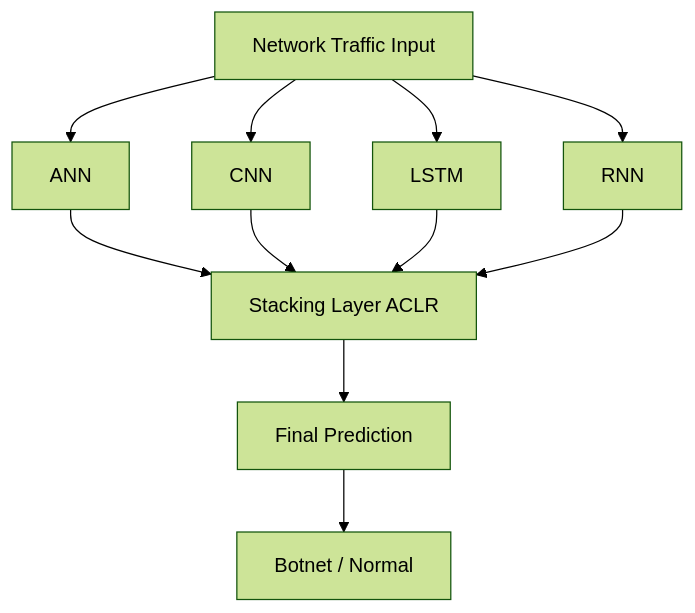
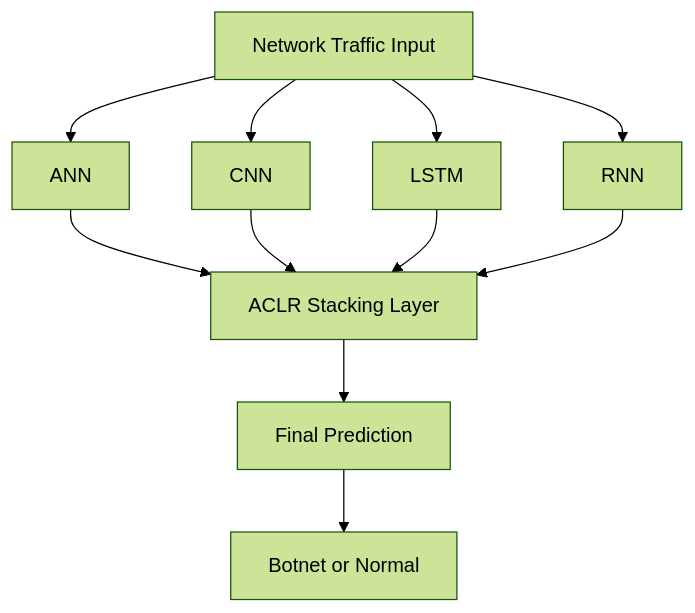
One commit to Luc5r/botnet-detection-aclr changed the diagram in README.md. Above: the diagram before and after it, drawn with Mermaid (forest theme). The commit also changed other lines of this file, not shown here.

Commit message:
Enhance README with architecture diagram and flow
Added architecture diagram and flow representation to README.

````diff
--- a/README.md
+++ b/README.md
@@ -35,17 +41,16 @@
 ```mermaid
 graph TD
     A[Network Traffic Input]
-
     A --> B[ANN]
     A --> C[CNN]
     A --> D[LSTM]
     A --> E[RNN]
 
-    B --> F[Stacking Layer ACLR]
+    B --> F[ACLR Stacking Layer]
     C --> F
     D --> F
     E --> F
 
     F --> G[Final Prediction]
-    G --> H[Botnet / Normal]
+    G --> H[Botnet or Normal]
 ```
````
